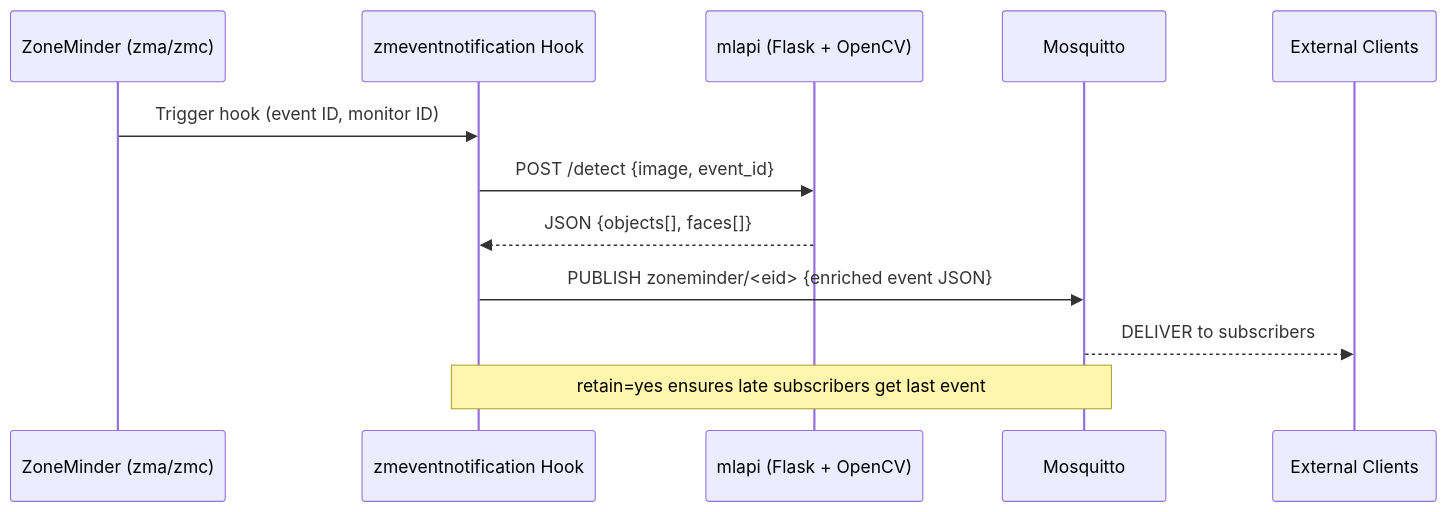
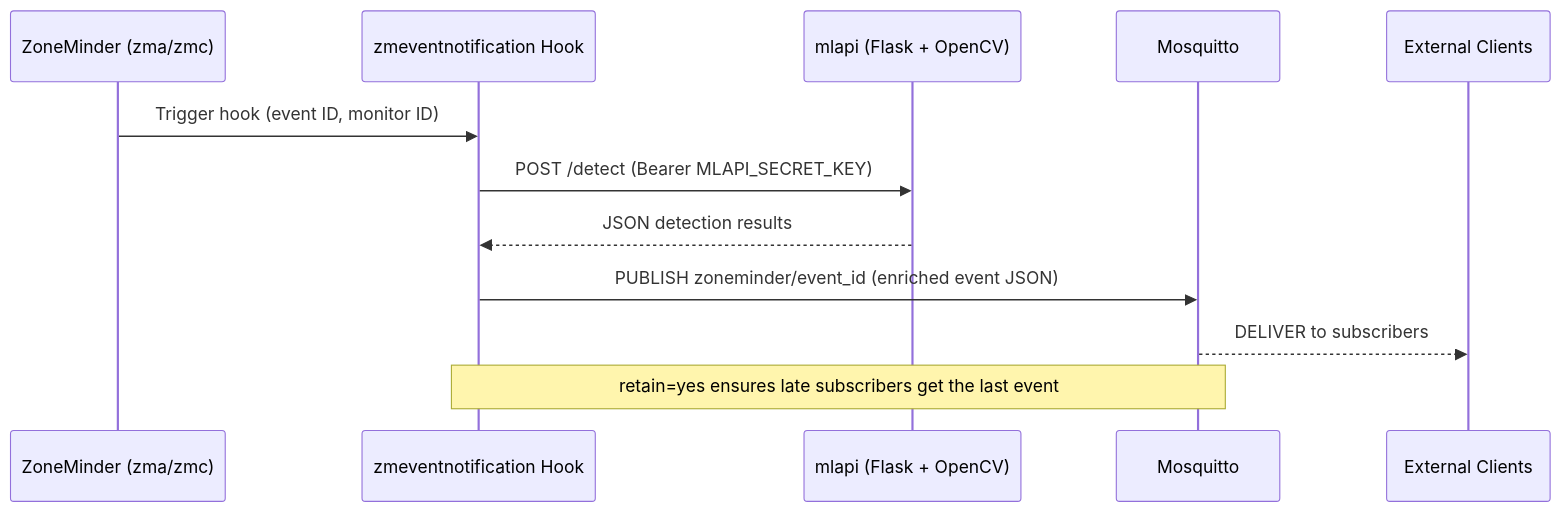
Before and after one commit to ulbi/zoneminderswarm: the second of 2 diagrams in openwiki/integrations/event-notifications.md, drawn with Mermaid. The commit also changed other lines of this file and 25 other files, not shown here.

````diff
--- a/openwiki/integrations/event-notifications.md
+++ b/openwiki/integrations/event-notifications.md
@@ -252,15 +283,15 @@
 ```mermaid
 sequenceDiagram
     participant ZM as ZoneMinder (zma/zmc)
     participant HK as zmeventnotification Hook
     participant ML as mlapi (Flask + OpenCV)
     participant MQ as Mosquitto
     participant EXT as External Clients
 
     ZM->>HK: Trigger hook (event ID, monitor ID)
-    HK->>ML: POST /detect {image, event_id}
-    ML-->>HK: JSON {objects[], faces[]}
-    HK->>MQ: PUBLISH zoneminder/<eid> {enriched event JSON}
+    HK->>ML: POST /detect (Bearer MLAPI_SECRET_KEY)
+    ML-->>HK: JSON detection results
+    HK->>MQ: PUBLISH zoneminder/event_id (enriched event JSON)
     MQ-->>EXT: DELIVER to subscribers
-    Note over HK,MQ: retain=yes ensures late subscribers get last event
+    Note over HK,MQ: retain=yes ensures late subscribers get the last event
 ```
````
